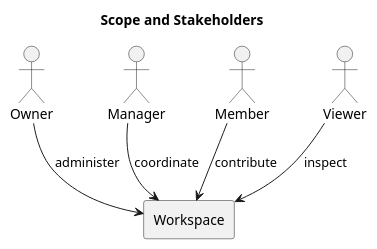
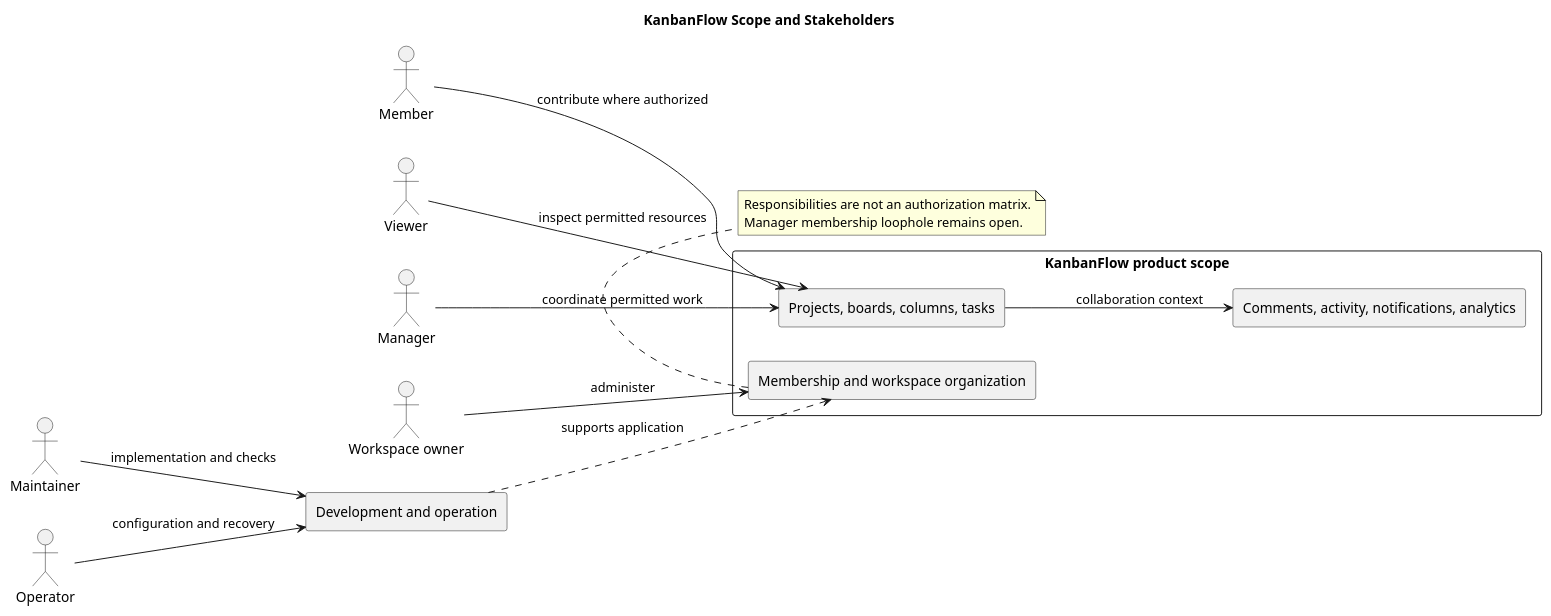
Before and after one commit to Farhad-Valizadegan/Web-KanbanFlow: the diagram in docs/Project-Definition/scope-and-stakeholders.md, drawn with PlantUML. The commit also changed other lines of this file and 2 other files, not shown here.

Commit message:
docs: complete scope boundaries and stakeholder responsibilities

````diff
--- a/docs/Project-Definition/scope-and-stakeholders.md
+++ b/docs/Project-Definition/scope-and-stakeholders.md
@@ -29,14 +112,30 @@
 ```plantuml
 @startuml
-title Scope and Stakeholders
-actor Owner
+title KanbanFlow Scope and Stakeholders
+left to right direction
+actor "Workspace owner" as Owner
 actor Manager
 actor Member
 actor Viewer
-rectangle "Workspace" as W
+actor Maintainer
+actor Operator
+rectangle "KanbanFlow product scope" {
+ rectangle "Membership and workspace organization" as W
+ rectangle "Projects, boards, columns, tasks" as T
+ rectangle "Comments, activity, notifications, analytics" as C
+}
+rectangle "Development and operation" as Ops
 Owner --> W : administer
-Manager --> W : coordinate
-Member --> W : contribute
-Viewer --> W : inspect
+Manager --> T : coordinate permitted work
+Member --> T : contribute where authorized
+Viewer --> T : inspect permitted resources
+T --> C : collaboration context
+Maintainer --> Ops : implementation and checks
+Operator --> Ops : configuration and recovery
+Ops ..> W : supports application
+note bottom of W
+Responsibilities are not an authorization matrix.
+Manager membership loophole remains open.
+end note
 @enduml
 ```
````
